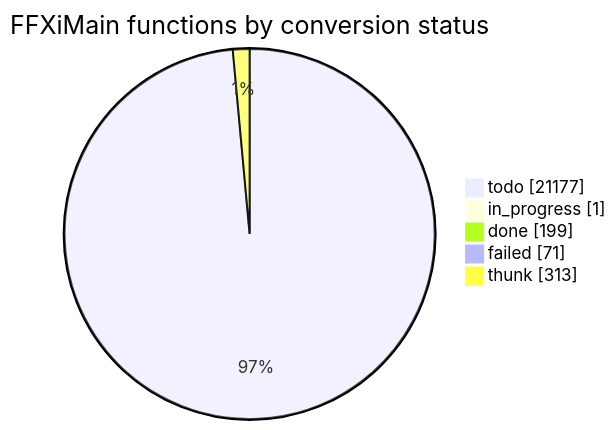
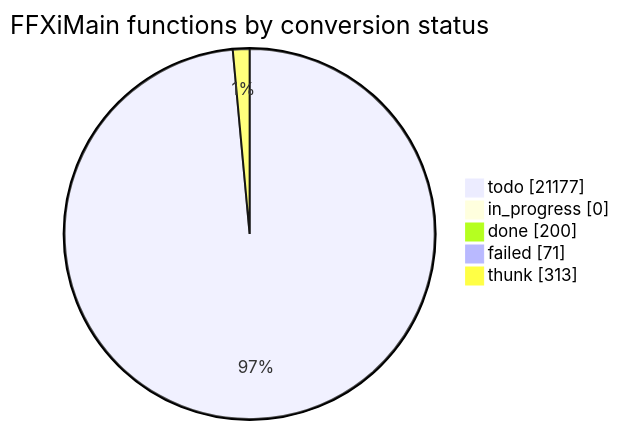
Before and after one commit to cowrevenge/cow_kuluu_xi_anything: the diagram in docs/cow/STATUS.md, drawn with Mermaid. The commit also changed other lines of this file and 8 other files, not shown here.

````diff
--- a/docs/cow/STATUS.md
+++ b/docs/cow/STATUS.md
@@ -18,9 +18,9 @@
 ```mermaid
 pie showData
     title FFXiMain functions by conversion status
     "todo" : 21177
-    "in_progress" : 1
-    "done" : 199
+    "in_progress" : 0
+    "done" : 200
     "failed" : 71
     "thunk" : 313
 ```
````
